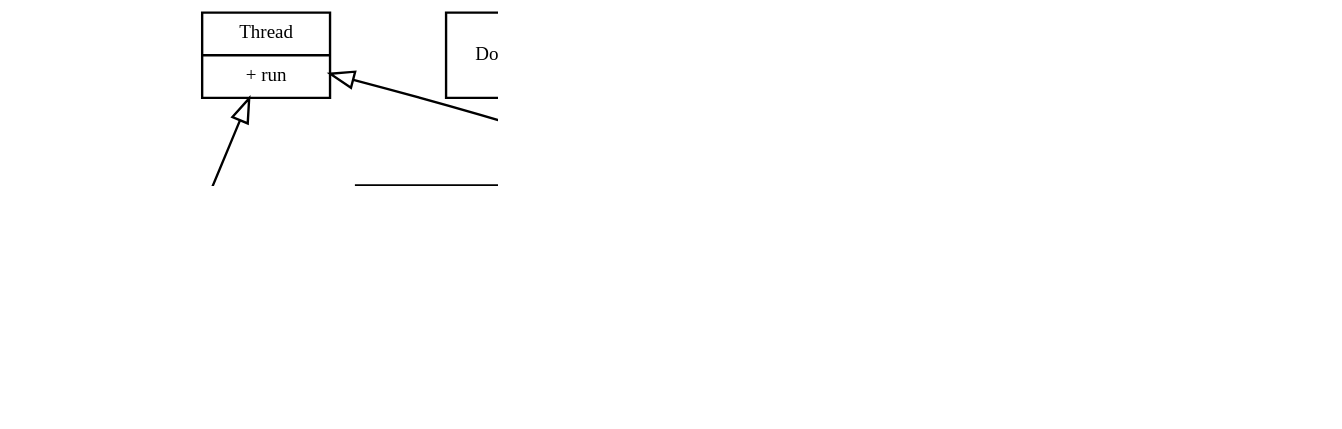
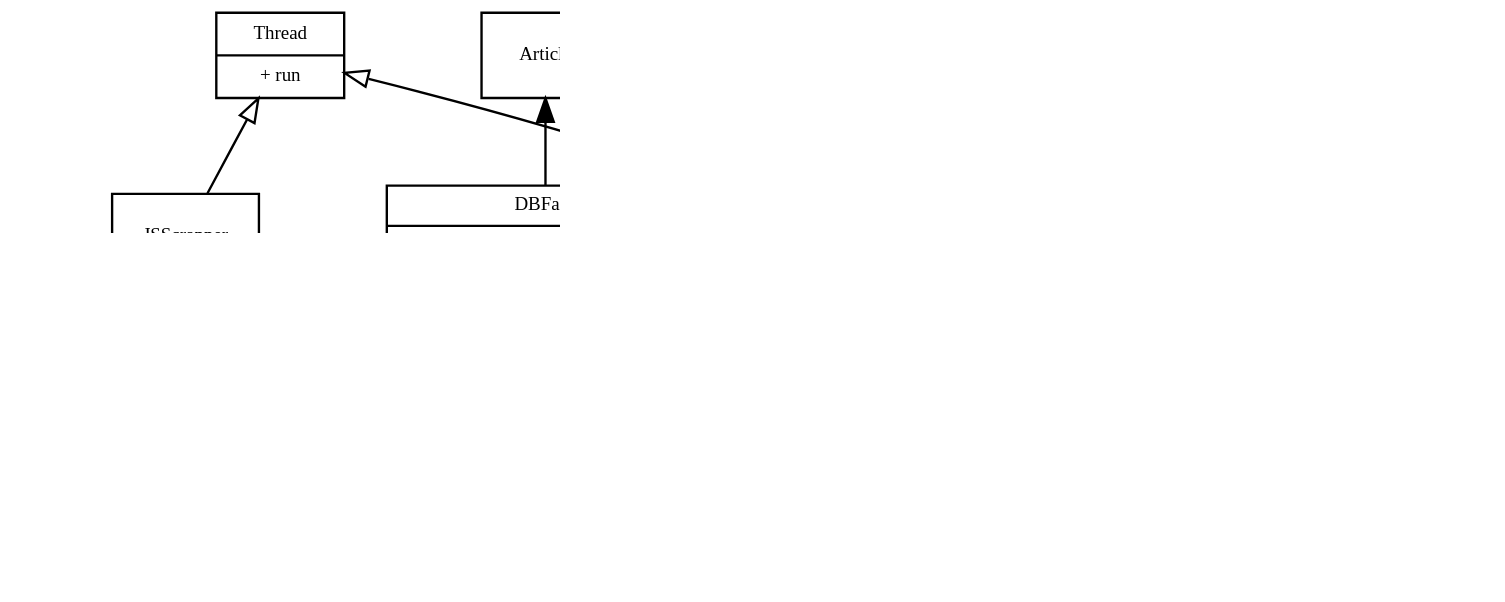
One commit to toane/Congruence changed the diagram in class_diagram.dot. Above: the diagram before and after it, drawn with Graphviz. The commit also changed 15 other files, not shown here.

```diff
--- a/class_diagram.dot
+++ b/class_diagram.dot
@@ -1,45 +1,47 @@
 digraph G {
         fontsize = 8
         rankdir = "BT"
         dpi=200
 
         node [
                 fontsize = 8
                 shape = "record"
             ]
 
   edge [
                 arrowhead = "empty"
         ]
 
 "Thread" [
  label = "{Thread|+ run}"
 ]
 
 "DBFace" [
     label = "{DBFace|+ find_with_content (str) \l+ find_with_search_term (str)}"
     ]
 
 
 "JSScrapper" -> "Thread"
 "StaticScrapper" -> "Thread"
 "CNNScrapper" -> "JSScrapper"
 "NouvelobsScrapper" -> "StaticScrapper"
 "LiberationScrapper" -> "StaticScrapper"
 "FigaroScrapper" -> "StaticScrapper"
 "NYTScrapper" -> "StaticScrapper"
 "BBCScrapper" -> "StaticScrapper"
 "DBFace" -> "Singleton"
 "Analyser" -> "Singleton"
 
   edge [
                 arrowhead = "normal"
         ]
 "LiberationScrapper" -> "DBFace"
 "NouvelobsScrapper" -> "DBFace"
 "FigaroScrapper" -> "DBFace"
 "CNNScrapper" -> "DBFace"
-"DBFace" -> "Document"
+"DBFace" -> "Article"
+"Graph" -> "Analyser"
+"Flask" -> "Graph"
 
 
 }
```
